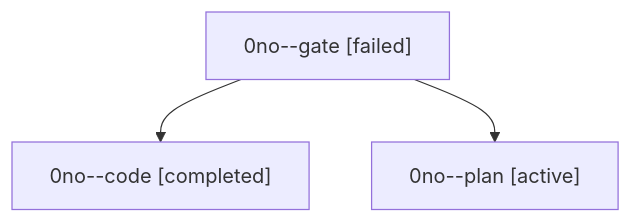
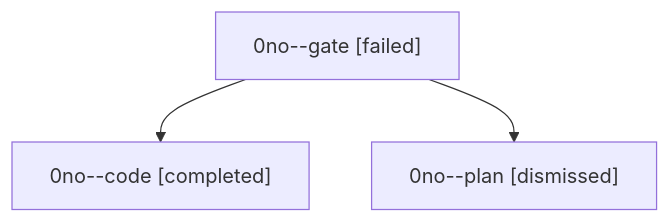
Before and after one commit to sase-org/sase--agents: the diagram in sessions/bbugyi200.athena.0no.md, drawn with Mermaid. The commit also changed other lines of this file and 36 other files, not shown here.

````diff
--- a/sessions/bbugyi200.athena.0no.md
+++ b/sessions/bbugyi200.athena.0no.md
@@ -9,8 +9,8 @@
 ```mermaid
 flowchart TD
   n0["0no--gate [failed]"]
   n1["0no--code [completed]"]
   n0 --> n1
-  n2["0no--plan [active]"]
+  n2["0no--plan [dismissed]"]
   n0 --> n2
 ```
````
